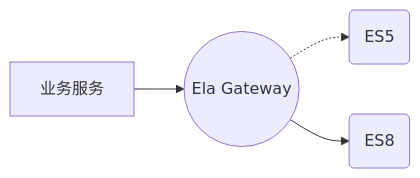
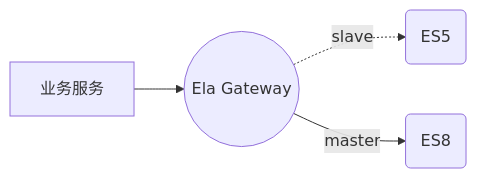
Before and after one commit to CharellKing/ela: the fourth of 5 diagrams in manual/cn/01-Elasticsearch 数据迁移总体方案.md, drawn with Mermaid. The commit also changed other lines of this file and 1 other file, not shown here.

Commit message:
update mermaid code

````diff
--- a/manual/cn/01-Elasticsearch 数据迁移总体方案.md
+++ b/manual/cn/01-Elasticsearch 数据迁移总体方案.md
@@ -68,6 +68,6 @@
 ```mermaid
 flowchart LR
     A[业务服务] --> B((Ela Gateway))
-    B -.-> C(ES5)
-    B --> D(ES8)
+    B -.slave-.-> C(ES5)
+    B --master--> D(ES8)
 ```
````
